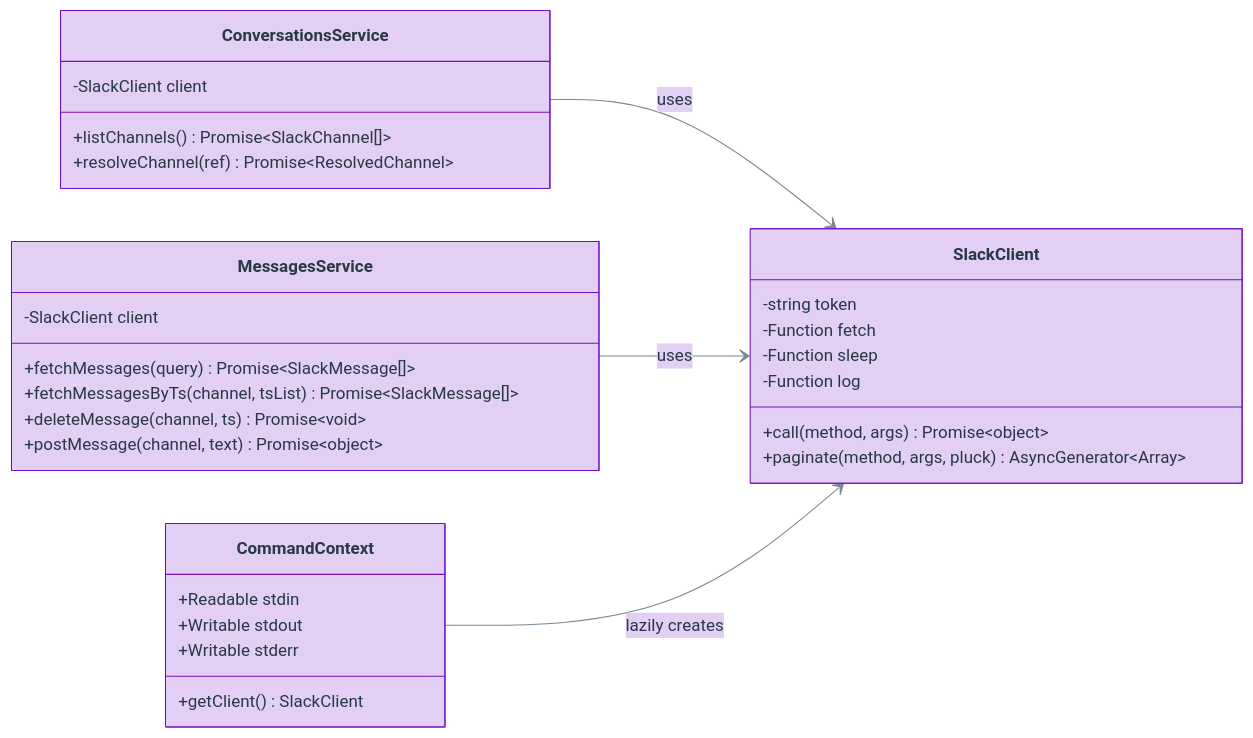
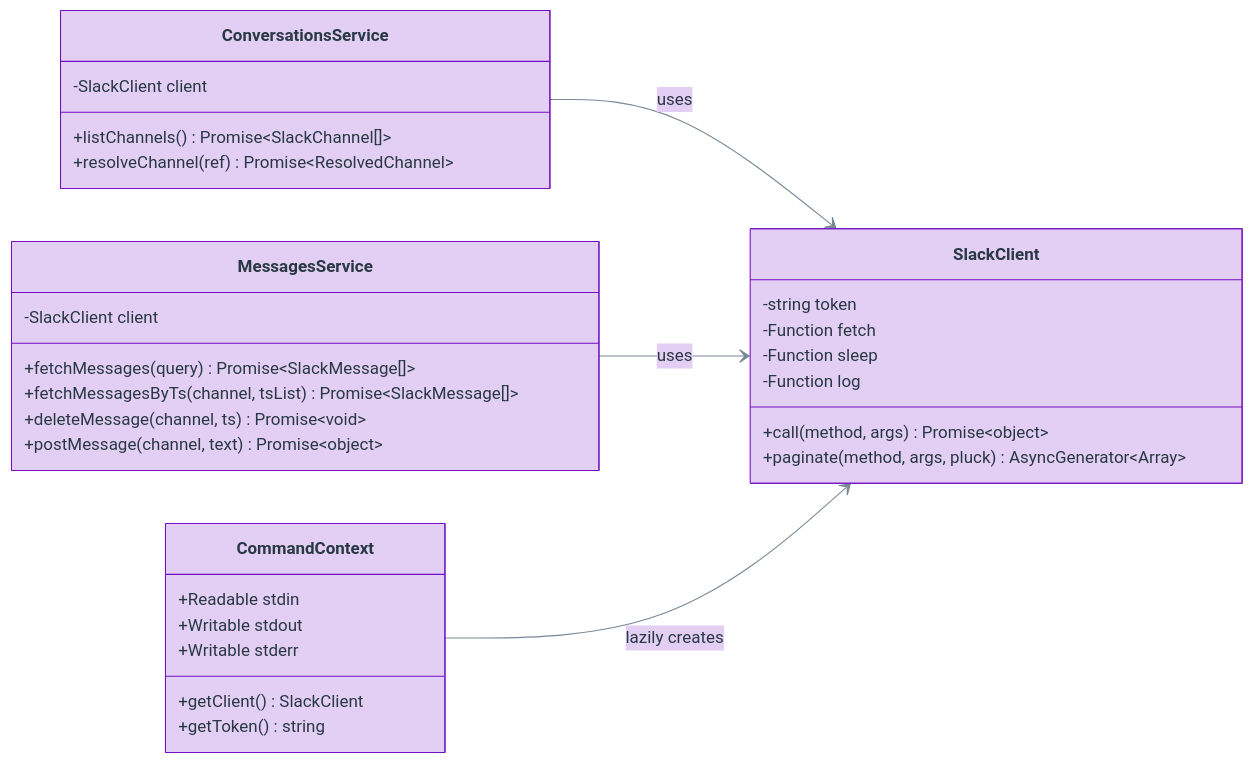
Before and after one commit to iconifyit/slackctl: the third of 5 diagrams in docs/adr/ADR-001-slackctl-cli-architecture/imp/ADR-001-slackctl-cli-architecture-implementation-plan.md, drawn with Mermaid. The commit also changed other lines of this file and 4 other files, not shown here.

````diff
--- a/docs/adr/ADR-001-slackctl-cli-architecture/imp/ADR-001-slackctl-cli-architecture-implementation-plan.md
+++ b/docs/adr/ADR-001-slackctl-cli-architecture/imp/ADR-001-slackctl-cli-architecture-implementation-plan.md
@@ -240,34 +240,35 @@
 ```mermaid
 %%{init: {'theme':'base','themeVariables':{'fontFamily':'system-ui, sans-serif','primaryColor':'#e3cff3','primaryBorderColor':'#730FC3','primaryTextColor':'#293845','lineColor':'#788896'}}}%%
 classDiagram
   direction LR
   class SlackClient {
     -string token
     -Function fetch
     -Function sleep
     -Function log
     +call(method, args) Promise~object~
     +paginate(method, args, pluck) AsyncGenerator~Array~
   }
   class ConversationsService {
     -SlackClient client
     +listChannels() Promise~SlackChannel[]~
     +resolveChannel(ref) Promise~ResolvedChannel~
   }
   class MessagesService {
     -SlackClient client
     +fetchMessages(query) Promise~SlackMessage[]~
     +fetchMessagesByTs(channel, tsList) Promise~SlackMessage[]~
     +deleteMessage(channel, ts) Promise~void~
     +postMessage(channel, text) Promise~object~
   }
   class CommandContext {
     +getClient() SlackClient
+    +getToken() string
     +Readable stdin
     +Writable stdout
     +Writable stderr
   }
   ConversationsService --> SlackClient : uses
   MessagesService --> SlackClient : uses
   CommandContext --> SlackClient : lazily creates
 ```
````
